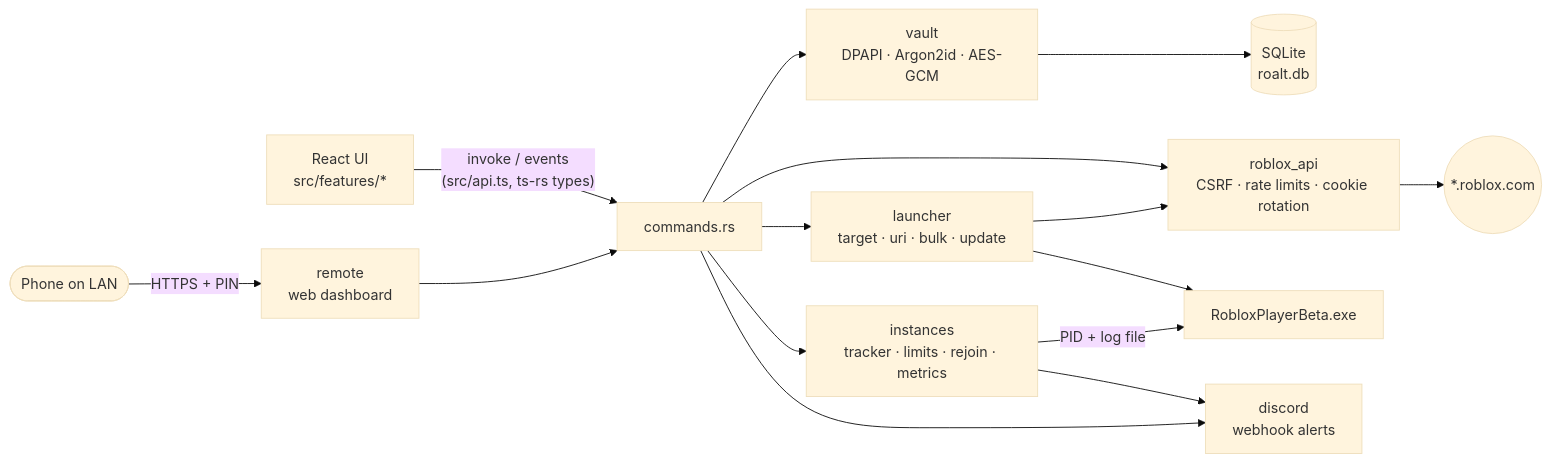
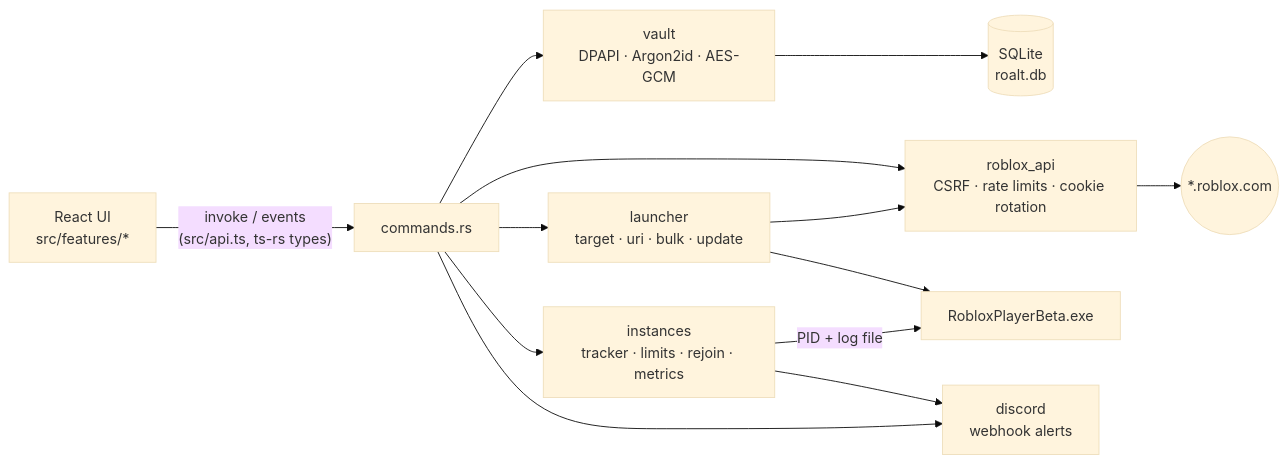
Before and after one commit to inspectsoftware/RoALT: the diagram in README.md, drawn with Mermaid (base theme). The commit also changed other lines of this file and 32 other files, not shown here.

First line of the commit message:
Remove the LAN web dashboard

````diff
--- a/README.md
+++ b/README.md
@@ -452,17 +442,15 @@
 ```mermaid
 flowchart LR
     UI["React UI<br/>src/features/*"] -- "invoke / events<br/>(src/api.ts, ts-rs types)" --> CMD["commands.rs"]
     CMD --> VAULT["vault<br/>DPAPI · Argon2id · AES-GCM"]
     CMD --> API["roblox_api<br/>CSRF · rate limits · cookie rotation"]
     CMD --> LAUNCH["launcher<br/>target · uri · bulk · update"]
     CMD --> INST["instances<br/>tracker · limits · rejoin · metrics"]
     CMD --> DISC["discord<br/>webhook alerts"]
-    PHONE(["Phone on LAN"]) -- "HTTPS + PIN" --> REMOTE["remote<br/>web dashboard"]
-    REMOTE --> CMD
     VAULT --> DB[("SQLite<br/>roalt.db")]
     LAUNCH --> API
     LAUNCH --> RBX["RobloxPlayerBeta.exe"]
     INST -- "PID + log file" --> RBX
     INST --> DISC
     API --> NET(("*.roblox.com"))
 ```
````
